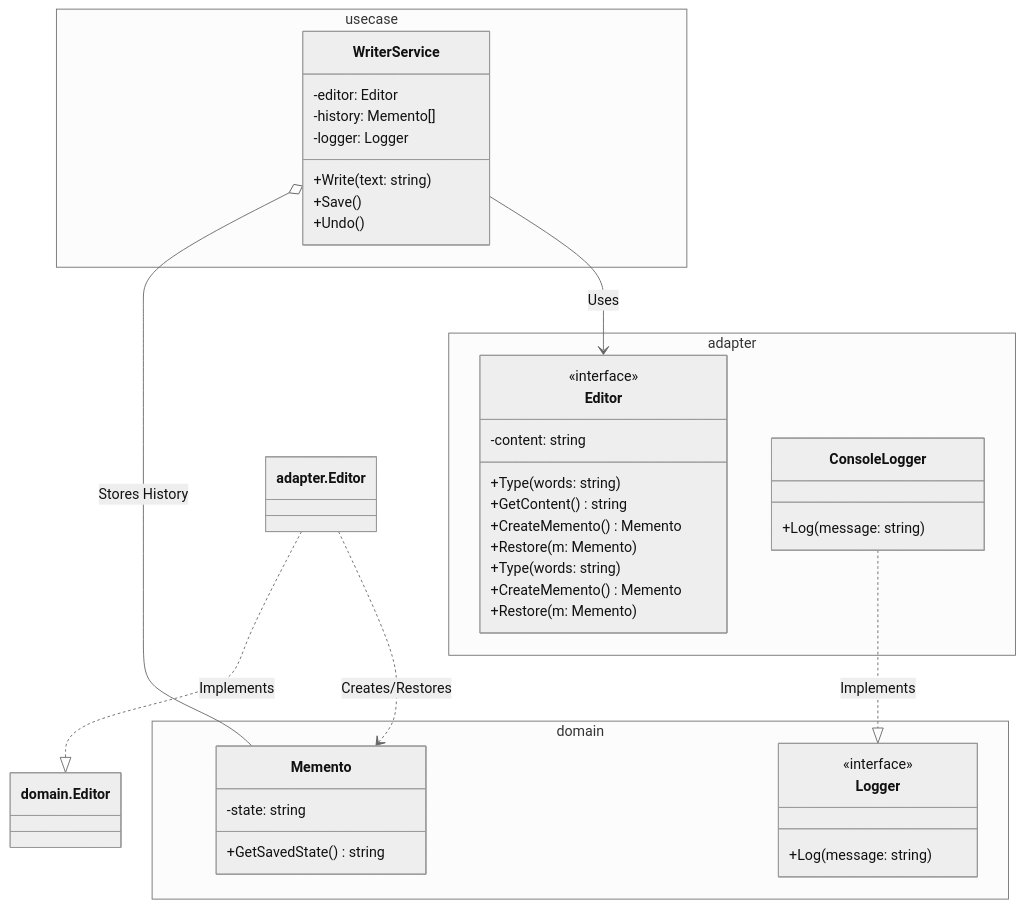
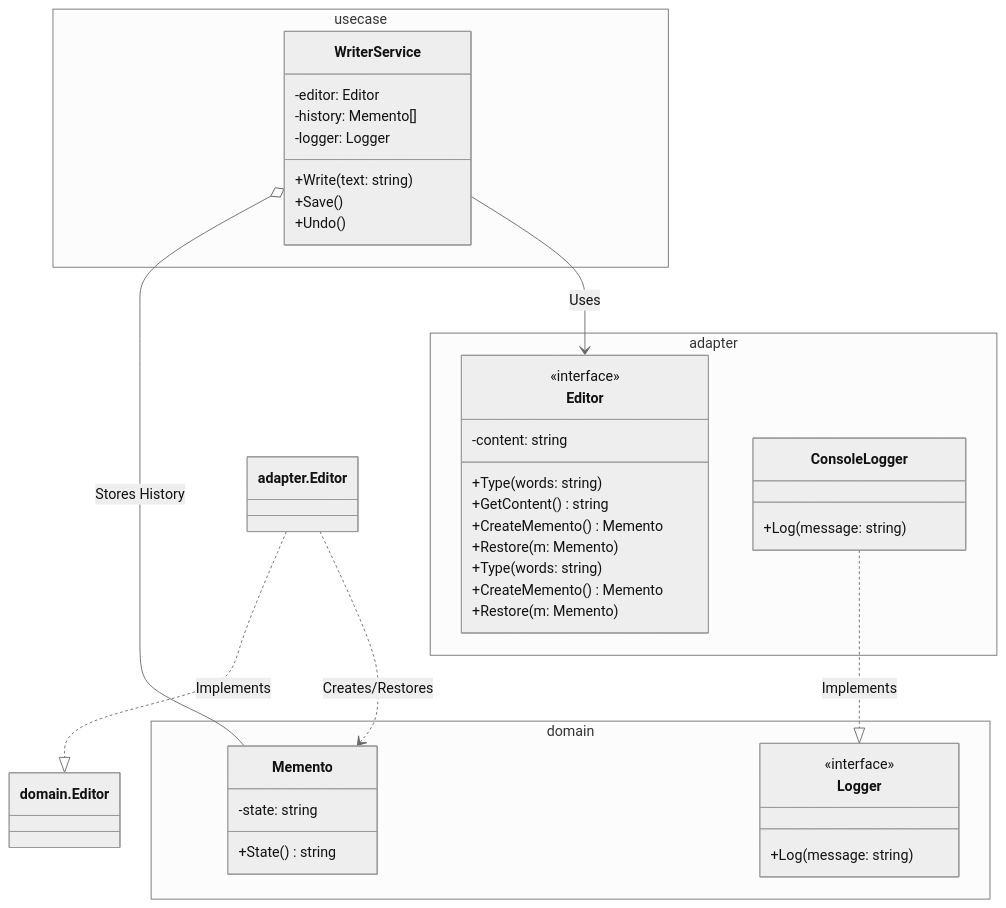
Before and after one commit to sokoide/design-patterns: the diagram in memento-example/README.md, drawn with Mermaid (neutral theme). The commit also changed other lines of this file and 48 other files, not shown here.

````diff
--- a/memento-example/README.md
+++ b/memento-example/README.md
@@ -33,50 +33,50 @@
 ```mermaid
 classDiagram
     namespace domain {
         class Memento {
             -state: string
-            +GetSavedState() string
+            +State() string
         }
         class Editor {
             <<interface>>
             +Type(words: string)
             +GetContent() string
             +CreateMemento() Memento
             +Restore(m: Memento)
         }
         class Logger {
             <<interface>>
             +Log(message: string)
         }
     }
 
     namespace usecase {
         class WriterService {
             -editor: Editor
             -history: Memento[]
             -logger: Logger
             +Write(text: string)
             +Save()
             +Undo()
         }
     }
 
     namespace adapter {
         class Editor {
             -content: string
             +Type(words: string)
             +CreateMemento() Memento
             +Restore(m: Memento)
         }
         class ConsoleLogger {
             +Log(message: string)
         }
     }
 
     %% Relationships
     WriterService o-- Memento : Stores History
     WriterService --> Editor : Uses
     adapter.Editor ..|> domain.Editor : Implements
     adapter.Editor ..> Memento : Creates/Restores
     ConsoleLogger ..|> Logger : Implements
 ```
````
